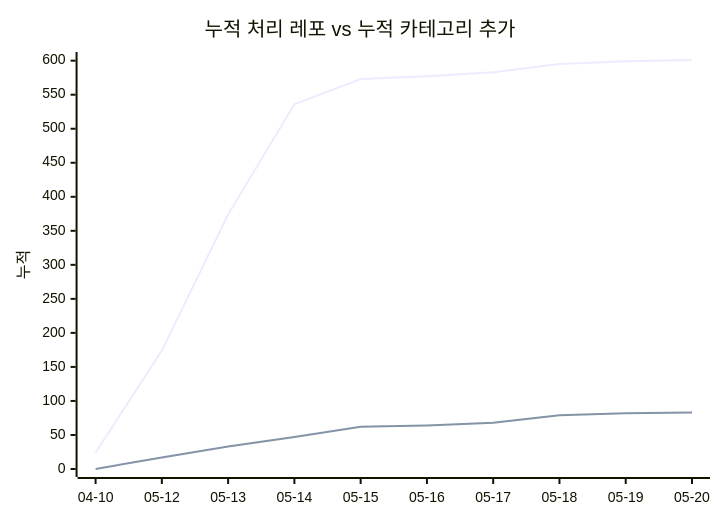
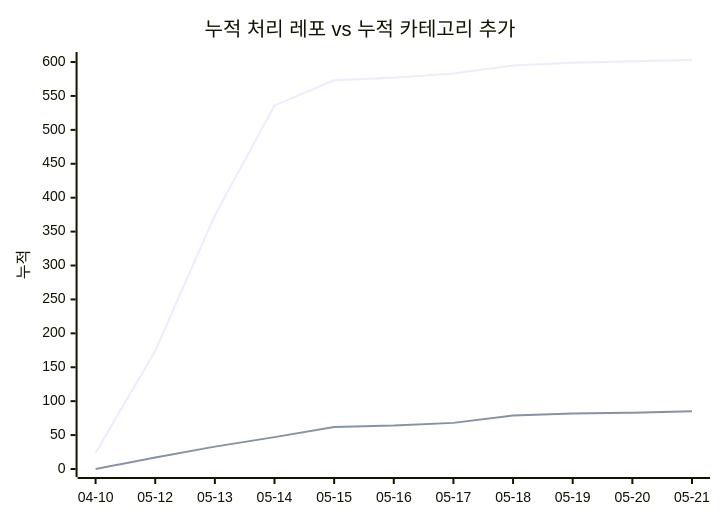
The second of 2 diagrams in docs/trends.md (J-nowcow/awesome-korean-agent-skills), drawn with Mermaid before and after one commit. The commit also changed other lines of this file and 5 other files, not shown here.

````diff
--- a/docs/trends.md
+++ b/docs/trends.md
@@ -64,8 +65,8 @@
 ```mermaid
 xychart-beta
     title "누적 처리 레포 vs 누적 카테고리 추가"
-    x-axis ["04-10","05-12","05-13","05-14","05-15","05-16","05-17","05-18","05-19","05-20"]
+    x-axis ["04-10","05-12","05-13","05-14","05-15","05-16","05-17","05-18","05-19","05-20","05-21"]
     y-axis "누적"
-    line [24,174,374,536,573,577,583,595,599,601]
-    line [0,17,33,47,62,64,68,79,82,83]
+    line [24,174,374,536,573,577,583,595,599,601,603]
+    line [0,17,33,47,62,64,68,79,82,83,85]
 ```
````
